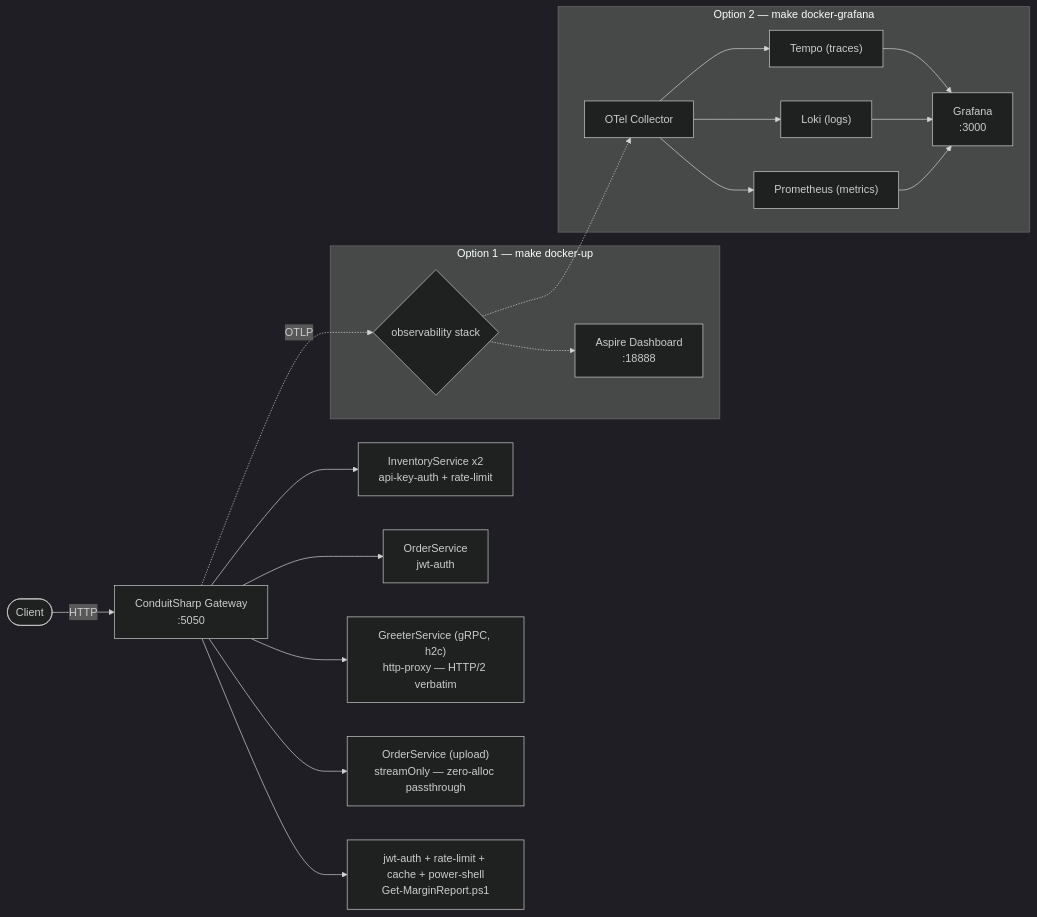
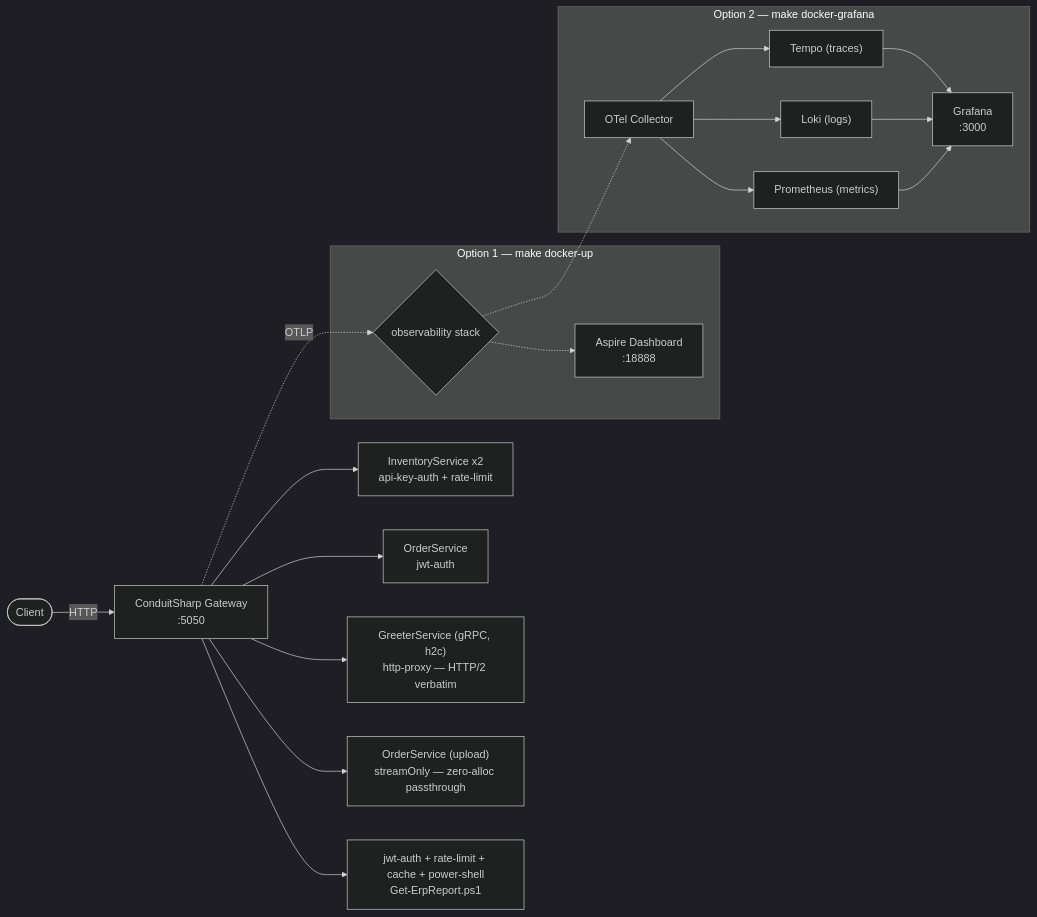
One commit to liqngliz/ConduitSharp changed the first of 6 diagrams in docs/ENTERPRISE.md. Above: the diagram before and after it, drawn with Mermaid (dark theme). The commit also changed other lines of this file and 65 other files, not shown here.

````diff
--- a/docs/ENTERPRISE.md
+++ b/docs/ENTERPRISE.md
@@ -42,23 +42,23 @@
 ```mermaid
 flowchart LR
     client(["Client"]) -->|HTTP| gw["ConduitSharp Gateway\n:5050"]
     gw --> inv["InventoryService x2\napi-key-auth + rate-limit"]
     gw --> ord["OrderService\njwt-auth"]
     gw --> grt["GreeterService (gRPC, h2c)\nhttp-proxy — HTTP/2 verbatim"]
     gw --> upl["OrderService (upload)\nstreamOnly — zero-alloc passthrough"]
-    gw --> fin["jwt-auth + rate-limit + cache + power-shell\nGet-MarginReport.ps1"]
+    gw --> fin["jwt-auth + rate-limit + cache + power-shell\nGet-ErpReport.ps1"]
 
     gw -.OTLP.-> choice{"observability stack"}
 
     subgraph opt1 ["Option 1 — make docker-up"]
         choice -.-> aspire["Aspire Dashboard\n:18888"]
     end
 
     subgraph opt2 ["Option 2 — make docker-grafana"]
         choice -.-> collector["OTel Collector"]
         collector --> tempo["Tempo (traces)"]
         collector --> loki["Loki (logs)"]
         collector --> prom["Prometheus (metrics)"]
         tempo & loki & prom --> grafana["Grafana\n:3000"]
     end
 ```
````
